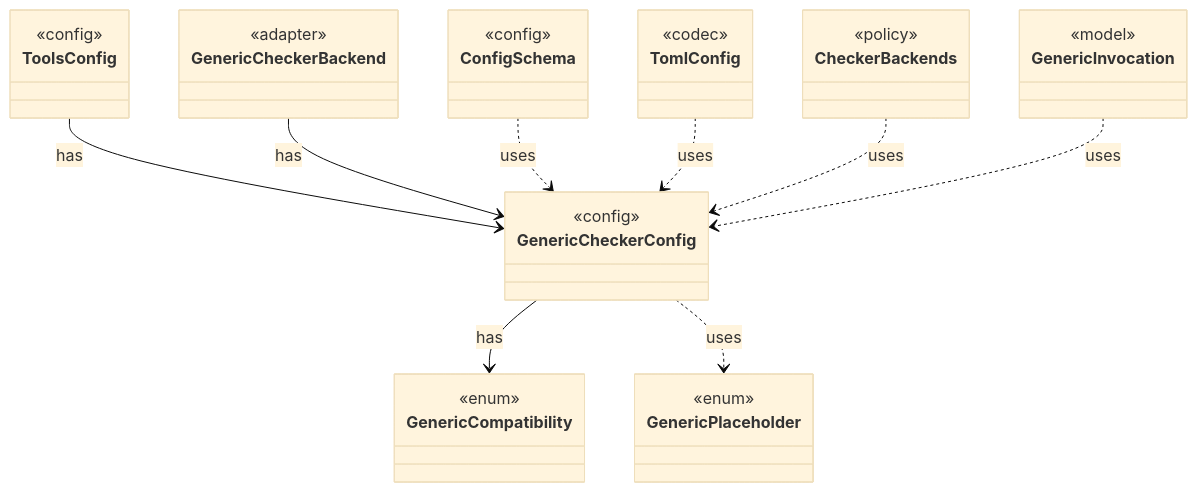
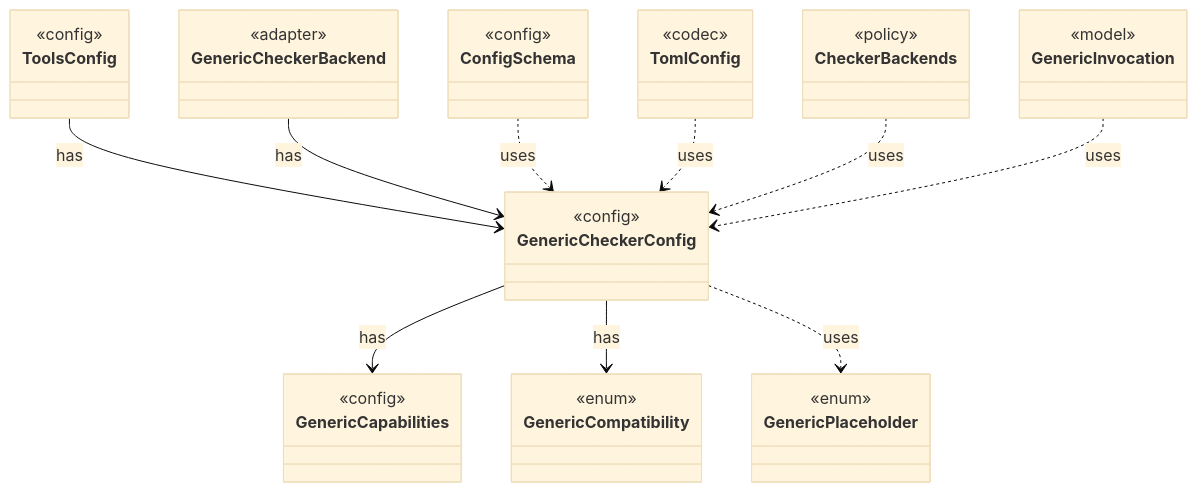
One commit to tlaplus/model-checker-hardening changed the diagram in dev/types/io.github.tlaplus.hardening.config.GenericCheckerConfig.md. Above: the diagram before and after it, drawn with Mermaid (base theme). The commit also changed other lines of this file and 425 other files, not shown here.

````diff
--- a/dev/types/io.github.tlaplus.hardening.config.GenericCheckerConfig.md
+++ b/dev/types/io.github.tlaplus.hardening.config.GenericCheckerConfig.md
@@ -9,38 +9,42 @@
 ```mermaid
 classDiagram
   class GenericCheckerConfig {
+    <<config>>
+  }
+  class GenericCapabilities {
     <<config>>
   }
   class GenericCompatibility {
     <<enum>>
   }
   class ToolsConfig {
     <<config>>
   }
   class GenericCheckerBackend {
     <<adapter>>
   }
   class GenericPlaceholder {
     <<enum>>
   }
   class ConfigSchema {
     <<config>>
   }
   class TomlConfig {
     <<codec>>
   }
   class CheckerBackends {
     <<policy>>
   }
   class GenericInvocation {
     <<model>>
   }
+  GenericCheckerConfig --> GenericCapabilities : has
   GenericCheckerConfig --> GenericCompatibility : has
   ToolsConfig --> GenericCheckerConfig : has
   GenericCheckerBackend --> GenericCheckerConfig : has
   GenericCheckerConfig ..> GenericPlaceholder : uses
   ConfigSchema ..> GenericCheckerConfig : uses
   TomlConfig ..> GenericCheckerConfig : uses
   CheckerBackends ..> GenericCheckerConfig : uses
   GenericInvocation ..> GenericCheckerConfig : uses
 ```
````
